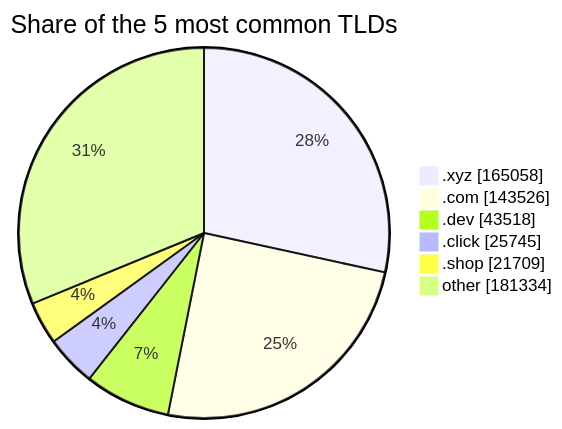
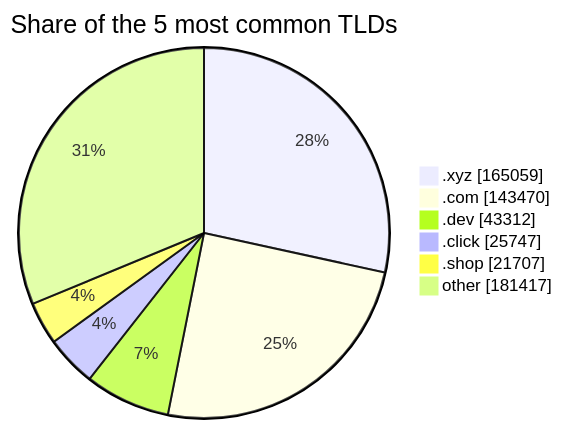
The third of 3 diagrams in README.md (DNSBunker/CTI), drawn with Mermaid before and after one commit. The commit also changed other lines of this file and 3 other files, not shown here.

````diff
--- a/README.md
+++ b/README.md
@@ -81,9 +81,9 @@
 ```mermaid
 pie showData title Share of the 5 most common TLDs
-    ".xyz" : 165058
-    ".com" : 143526
-    ".dev" : 43518
-    ".click" : 25745
-    ".shop" : 21709
-    "other" : 181334
+    ".xyz" : 165059
+    ".com" : 143470
+    ".dev" : 43312
+    ".click" : 25747
+    ".shop" : 21707
+    "other" : 181417
 ```
````
